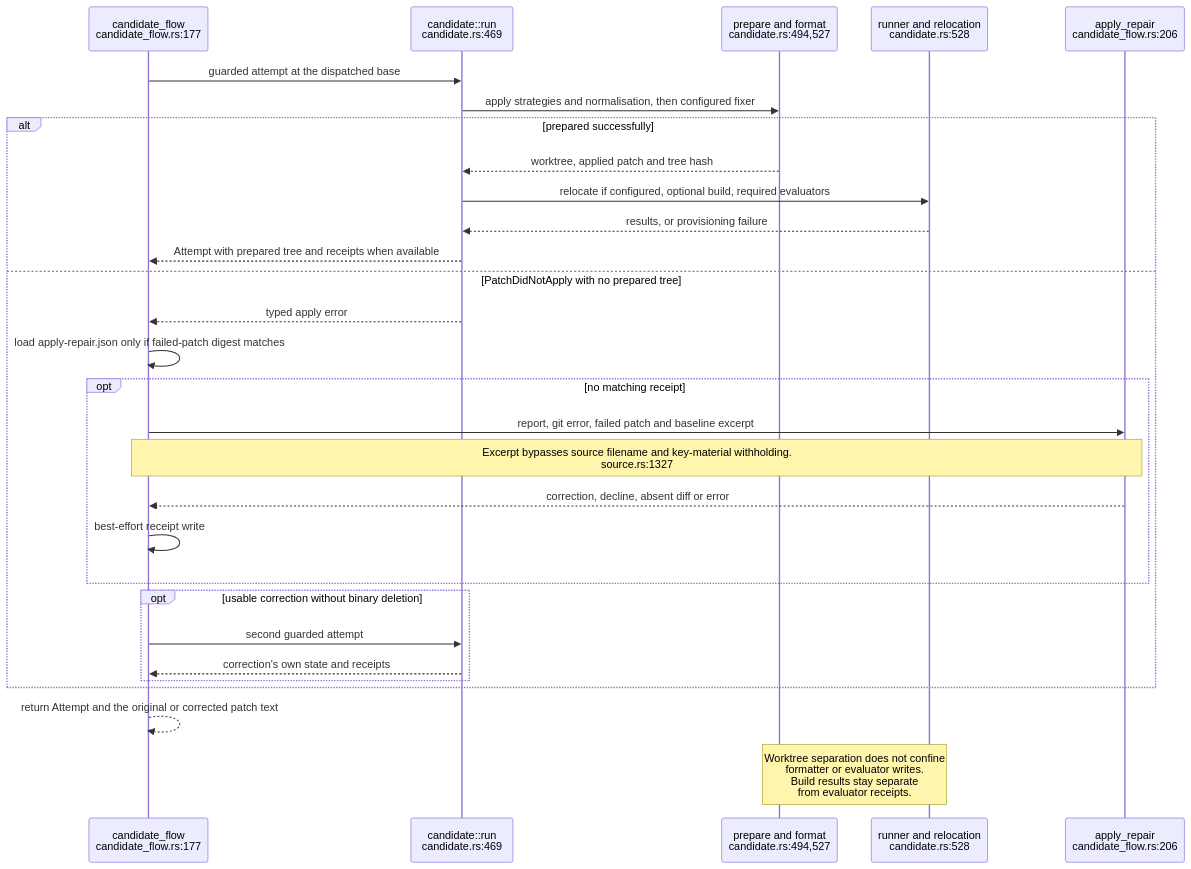
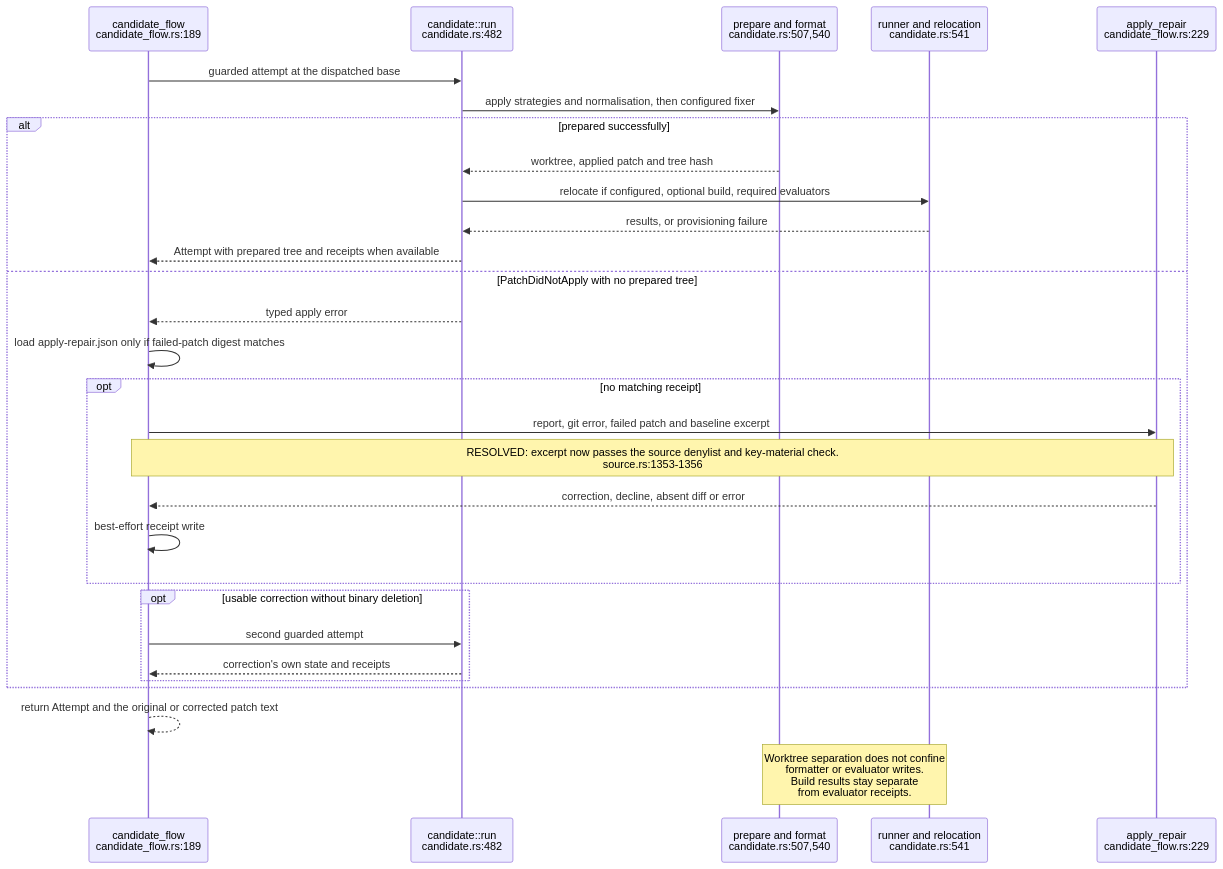
Before and after one commit to DreamLab-AI/VisionFlow: the fifth of 24 diagrams in docs/diagrams/agentbox/23-dream-engine.md, drawn with Mermaid. The commit also changed other lines of this file, not shown here.

First line of the commit message:
docs(diagrams): re-stamp AB-23 dream engine at agentbox 720e0d896 and dream-engine b40d507

````diff
--- a/docs/diagrams/agentbox/23-dream-engine.md
+++ b/docs/diagrams/agentbox/23-dream-engine.md
@@ -221,31 +221,31 @@
 ```mermaid
 sequenceDiagram
-    participant CF as candidate_flow<br/>candidate_flow.rs:177
-    participant RUN as candidate::run<br/>candidate.rs:469
-    participant PRE as prepare and format<br/>candidate.rs:494,527
-    participant EV as runner and relocation<br/>candidate.rs:528
-    participant SRC as apply_repair<br/>candidate_flow.rs:206
+    participant CF as candidate_flow<br/>candidate_flow.rs:189
+    participant RUN as candidate::run<br/>candidate.rs:482
+    participant PRE as prepare and format<br/>candidate.rs:507,540
+    participant EV as runner and relocation<br/>candidate.rs:541
+    participant SRC as apply_repair<br/>candidate_flow.rs:229
     CF->>RUN: guarded attempt at the dispatched base
     RUN->>PRE: apply strategies and normalisation, then configured fixer
     alt prepared successfully
         PRE-->>RUN: worktree, applied patch and tree hash
         RUN->>EV: relocate if configured, optional build, required evaluators
         EV-->>RUN: results, or provisioning failure
         RUN-->>CF: Attempt with prepared tree and receipts when available
     else PatchDidNotApply with no prepared tree
         RUN-->>CF: typed apply error
         CF->>CF: load apply-repair.json only if failed-patch digest matches
         opt no matching receipt
             CF->>SRC: report, git error, failed patch and baseline excerpt
-            Note over CF,SRC: Excerpt bypasses source filename and key-material withholding.<br/>source.rs:1327
+            Note over CF,SRC: RESOLVED: excerpt now passes the source denylist and key-material check.<br/>source.rs:1353-1356
             SRC-->>CF: correction, decline, absent diff or error
             CF->>CF: best-effort receipt write
         end
         opt usable correction without binary deletion
             CF->>RUN: second guarded attempt
             RUN-->>CF: correction's own state and receipts
         end
     end
     CF-->>CF: return Attempt and the original or corrected patch text
     Note over PRE,EV: Worktree separation does not confine<br/>formatter or evaluator writes.<br/>Build results stay separate<br/>from evaluator receipts.
 ```
````
